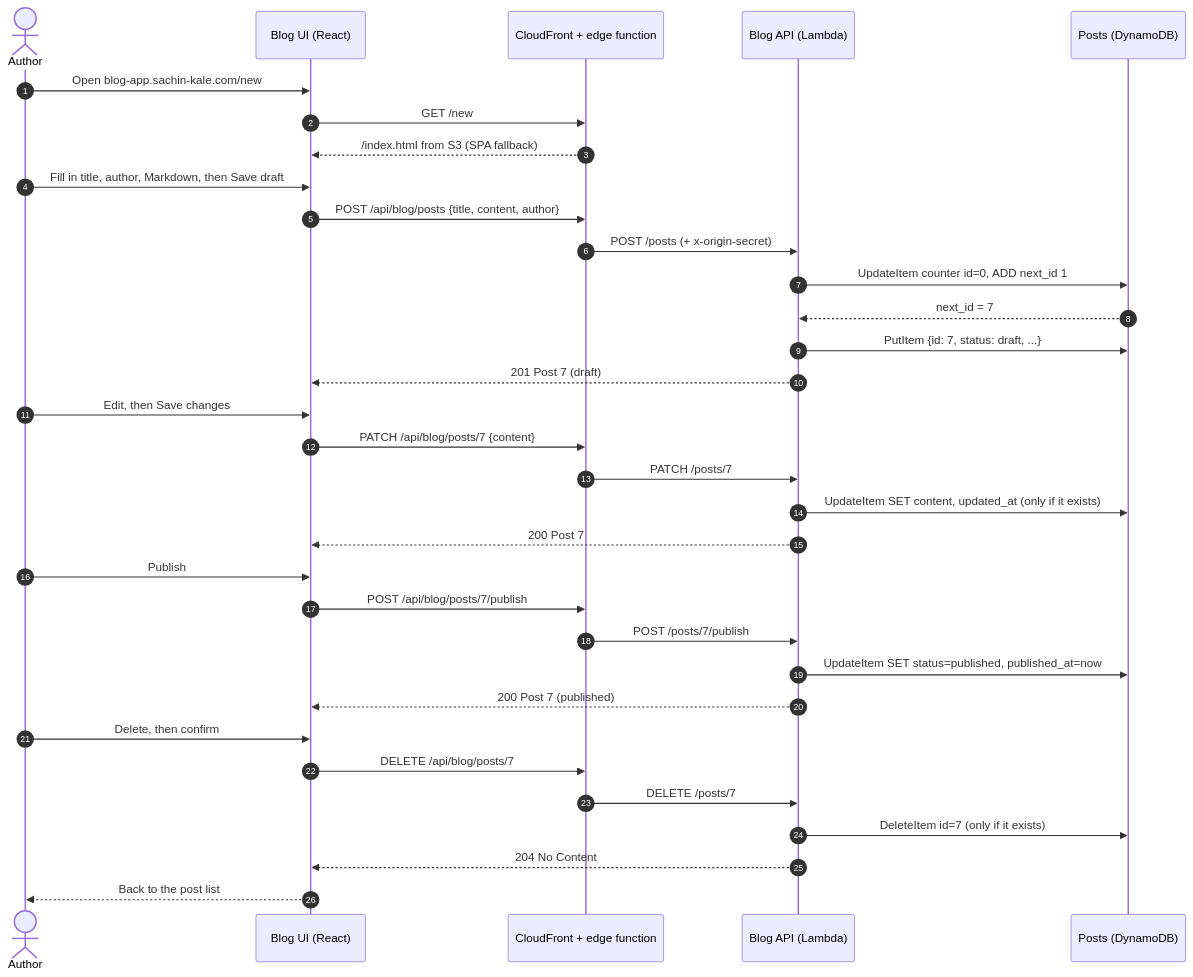
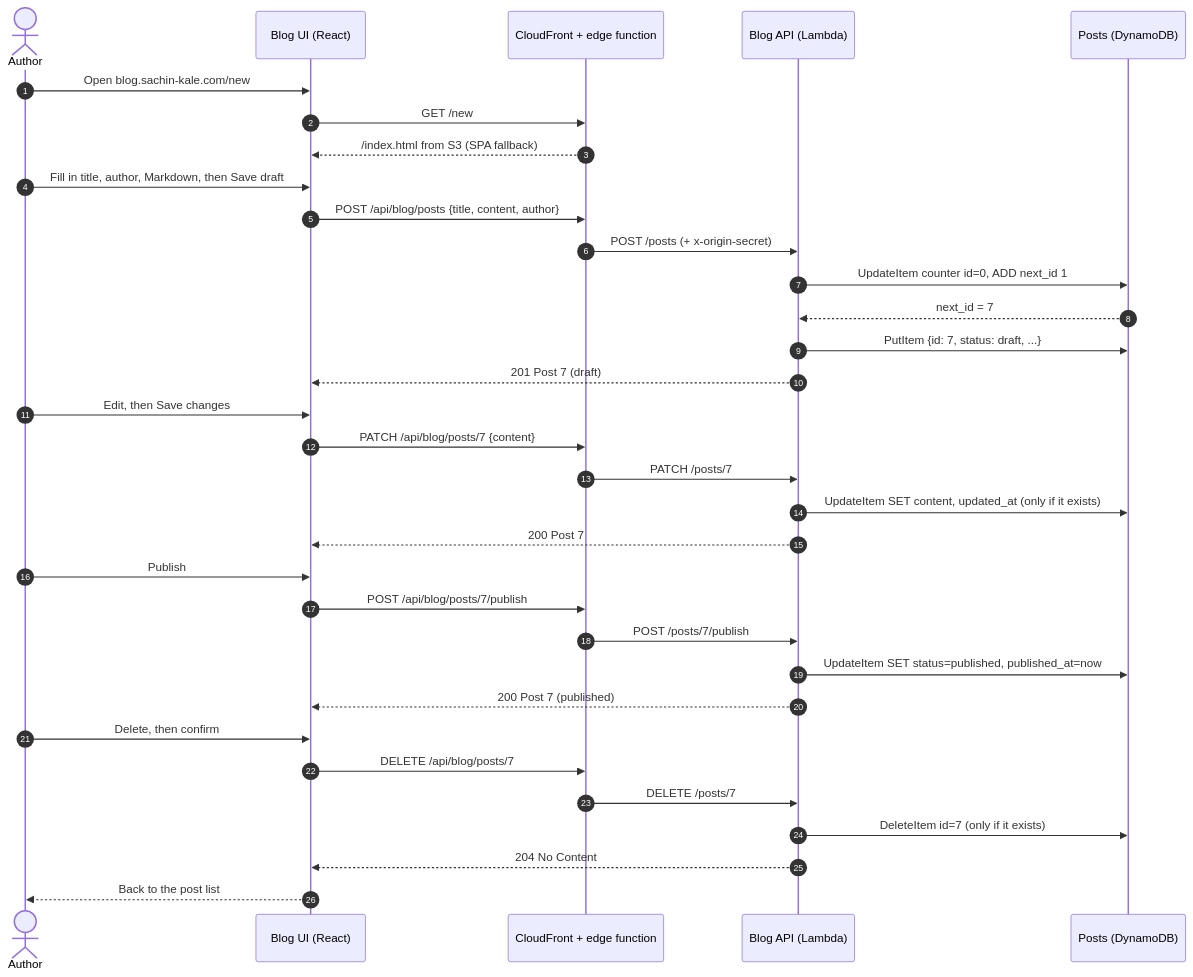
One commit to sachinbkale27/mcp-post-pilot changed the diagram in docs/diagrams/01-manage-a-post-in-the-blog-ui.mmd. Above: the diagram before and after it, drawn with Mermaid. The commit also changed 8 other files, not shown here.

First line of the commit message:
Move to agent.sachin-kale.com and blog.sachin-kale.com

```diff
--- a/docs/diagrams/01-manage-a-post-in-the-blog-ui.mmd
+++ b/docs/diagrams/01-manage-a-post-in-the-blog-ui.mmd
@@ -1,38 +1,38 @@
 sequenceDiagram
     autonumber
     actor Author
     participant UI as Blog UI (React)
     participant CF as CloudFront + edge function
     participant API as Blog API (Lambda)
     participant DB as Posts (DynamoDB)
 
-    Author->>UI: Open blog-app.sachin-kale.com/new
+    Author->>UI: Open blog.sachin-kale.com/new
     UI->>CF: GET /new
     CF-->>UI: /index.html from S3 (SPA fallback)
 
     Author->>UI: Fill in title, author, Markdown, then Save draft
     UI->>CF: POST /api/blog/posts {title, content, author}
     CF->>API: POST /posts (+ x-origin-secret)
     API->>DB: UpdateItem counter id=0, ADD next_id 1
     DB-->>API: next_id = 7
     API->>DB: PutItem {id: 7, status: draft, ...}
     API-->>UI: 201 Post 7 (draft)
 
     Author->>UI: Edit, then Save changes
     UI->>CF: PATCH /api/blog/posts/7 {content}
     CF->>API: PATCH /posts/7
     API->>DB: UpdateItem SET content, updated_at (only if it exists)
     API-->>UI: 200 Post 7
 
     Author->>UI: Publish
     UI->>CF: POST /api/blog/posts/7/publish
     CF->>API: POST /posts/7/publish
     API->>DB: UpdateItem SET status=published, published_at=now
     API-->>UI: 200 Post 7 (published)
 
     Author->>UI: Delete, then confirm
     UI->>CF: DELETE /api/blog/posts/7
     CF->>API: DELETE /posts/7
     API->>DB: DeleteItem id=7 (only if it exists)
     API-->>UI: 204 No Content
     UI-->>Author: Back to the post list
```
